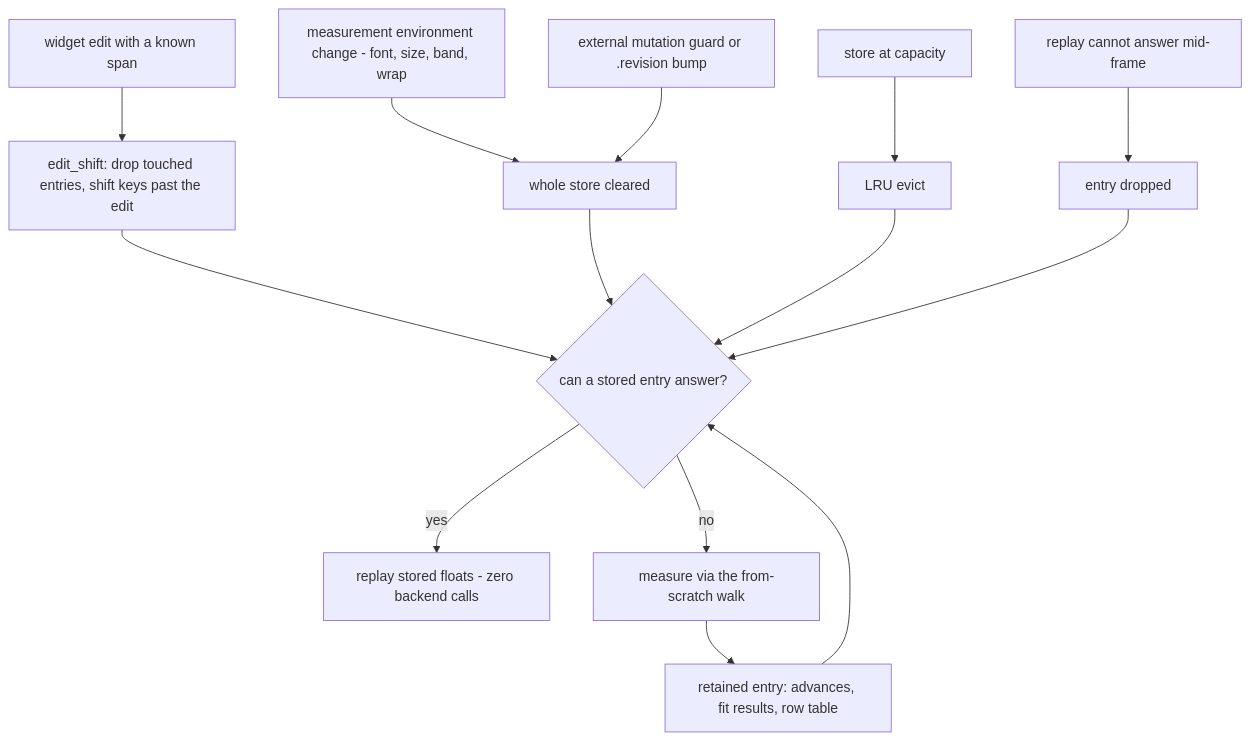
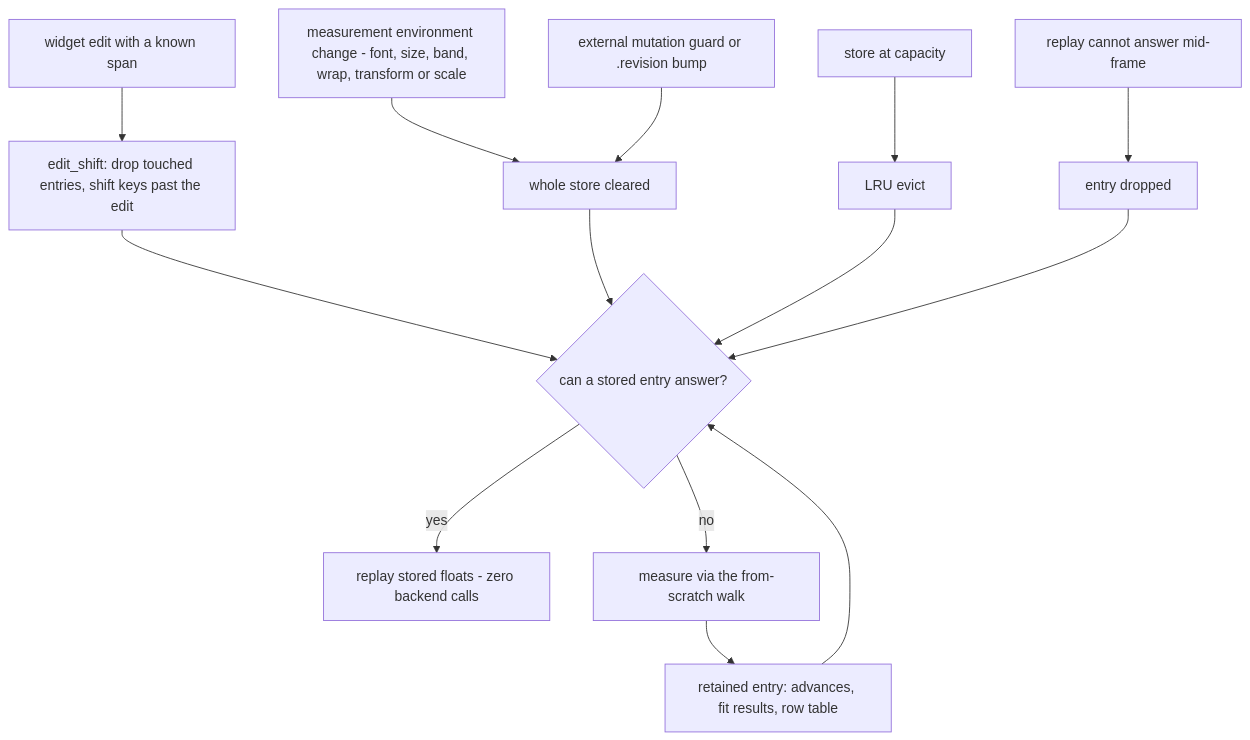
One commit to dberzins/wollix changed the second of 2 diagrams in docs/EDITOR_MODEL.md. Above: the diagram before and after it, drawn with Mermaid. The commit also changed other lines of this file and 169 other files, not shown here.

````diff
--- a/docs/EDITOR_MODEL.md
+++ b/docs/EDITOR_MODEL.md
@@ -152,16 +188,16 @@
 ```mermaid
 flowchart TD
     lookup{"can a stored entry answer?"} -- "yes" --> replay["replay stored floats - zero backend calls"]
     lookup -- "no" --> measure["measure via the from-scratch walk"]
     measure --> entry["retained entry: advances, fit results, row table"]
     entry --> lookup
     edit["widget edit with a known span"] --> shift["edit_shift: drop touched entries, shift keys past the edit"]
-    env["measurement environment change - font, size, band, wrap"] --> clear["whole store cleared"]
+    env["measurement environment change - font, size, band, wrap, transform or scale"] --> clear["whole store cleared"]
     ext["external mutation guard or .revision bump"] --> clear
     cap["store at capacity"] --> evict["LRU evict"]
     bad["replay cannot answer mid-frame"] --> drop["entry dropped"]
     shift --> lookup
     clear --> lookup
     evict --> lookup
     drop --> lookup
 ```
````
